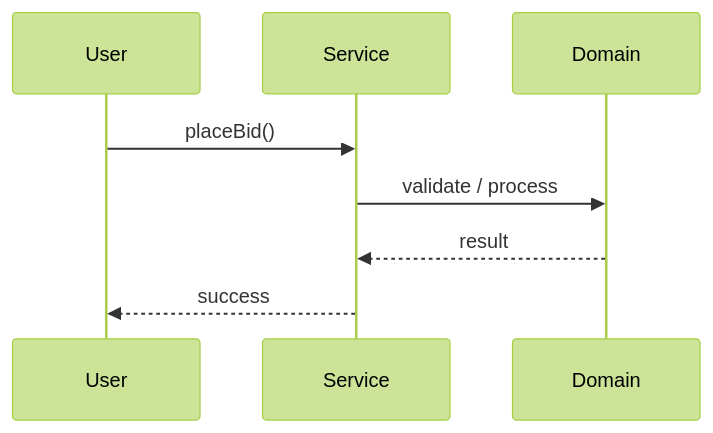
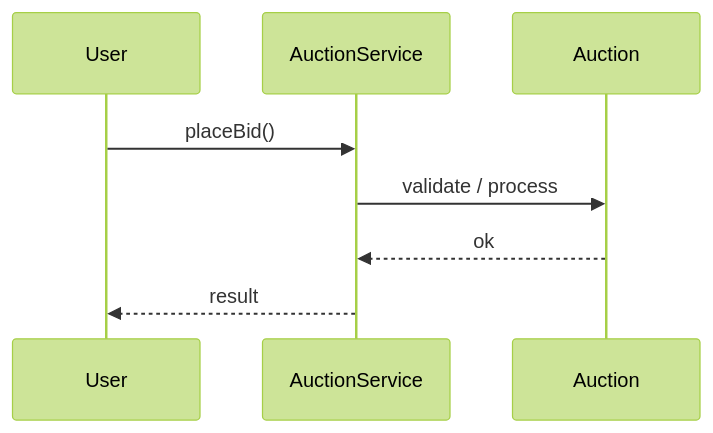
Before and after one commit to madhupaila/Interview-Prep-SSE: the second of 3 diagrams in Learn/System Design - Low Level Design/02-classic-ood/questions/Q37-auction-system.md, drawn with Mermaid (forest theme). The commit also changed other lines of this file and 491 other files, not shown here.

````diff
--- a/Learn/System Design - Low Level Design/02-classic-ood/questions/Q37-auction-system.md
+++ b/Learn/System Design - Low Level Design/02-classic-ood/questions/Q37-auction-system.md
@@ -122,10 +146,10 @@
 ```mermaid
 sequenceDiagram
-    participant U as User
-    participant S as Service
-    participant D as Domain
-    U->>S: placeBid()
-    S->>D: validate / process
-    D-->>S: result
-    S-->>U: success
+participant U as User
+participant S as AuctionService
+participant D as Auction
+U->>S: placeBid()
+S->>D: validate / process
+D-->>S: ok
+S-->>U: result
 ```
````
